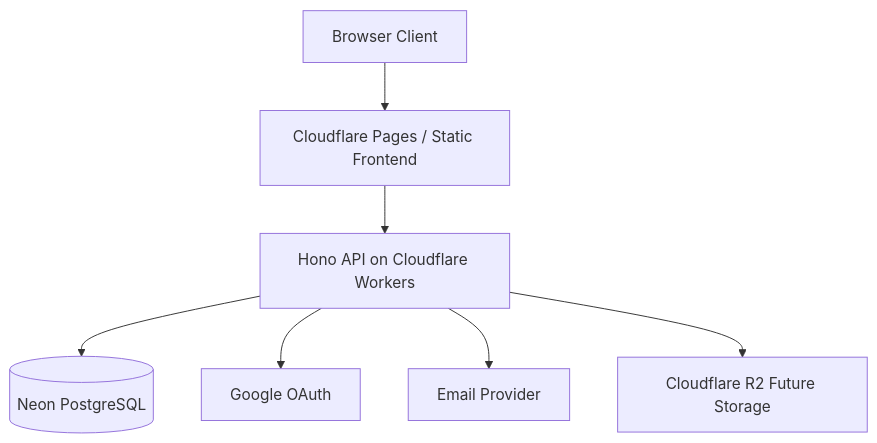
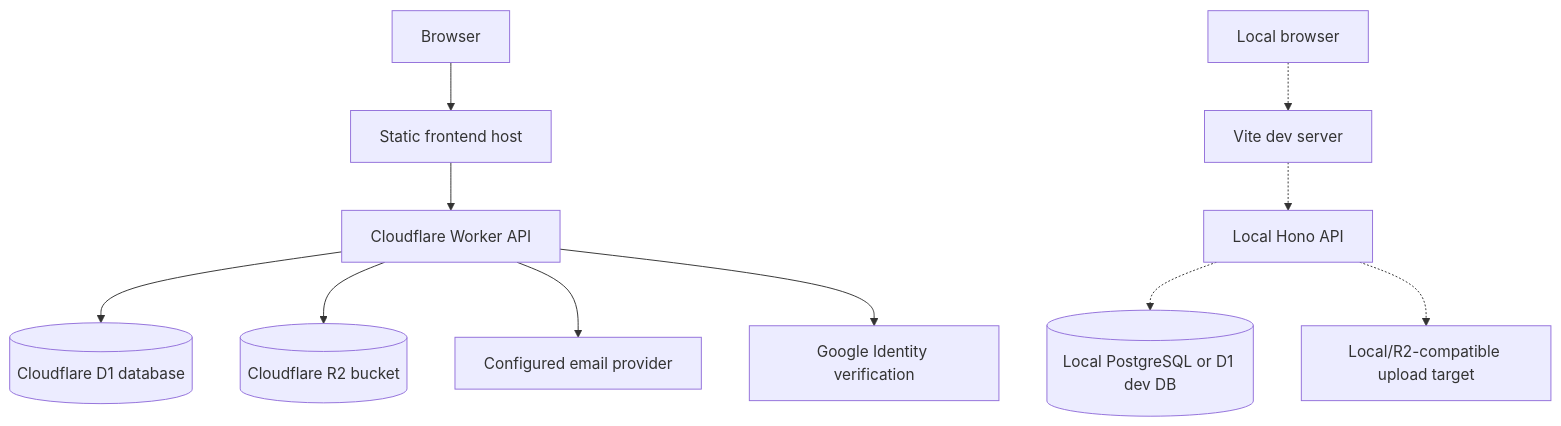
The third of 3 diagrams in docs/system-architecture.md (akishaabe/clothcycleph), drawn with Mermaid before and after one commit. The commit also changed other lines of this file and 7 other files, not shown here.

````diff
--- a/docs/system-architecture.md
+++ b/docs/system-architecture.md
@@ -114,9 +99,14 @@
 ```mermaid
 flowchart TD
-  A[Browser Client] --> B[Cloudflare Pages / Static Frontend]
-  B --> C[Hono API on Cloudflare Workers]
-  C --> D[(Neon PostgreSQL)]
-  C --> E[Google OAuth]
-  C --> F[Email Provider]
-  C --> G[Cloudflare R2 Future Storage]
+  Browser[Browser] --> Pages[Static frontend host]
+  Pages --> Worker[Cloudflare Worker API]
+  Worker --> D1[(Cloudflare D1 database)]
+  Worker --> R2[(Cloudflare R2 bucket)]
+  Worker --> Email[Configured email provider]
+  Worker --> Google[Google Identity verification]
+
+  DevBrowser[Local browser] -.-> Vite[Vite dev server]
+  Vite -.-> LocalHono[Local Hono API]
+  LocalHono -.-> LocalDb[(Local PostgreSQL or D1 dev DB)]
+  LocalHono -.-> LocalStorage[Local/R2-compatible upload target]
 ```
````
